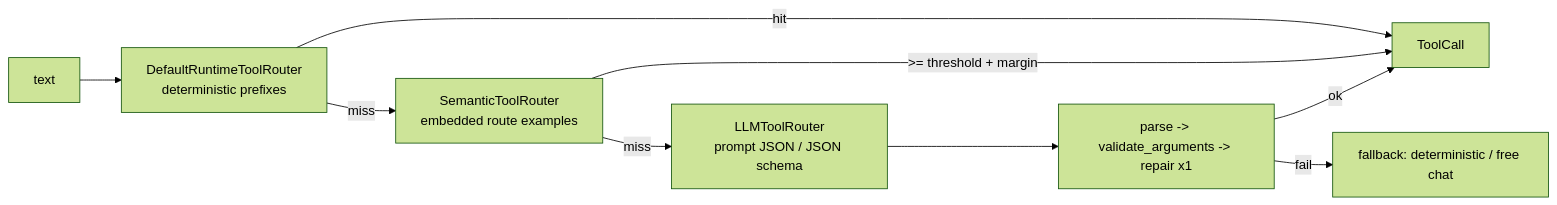
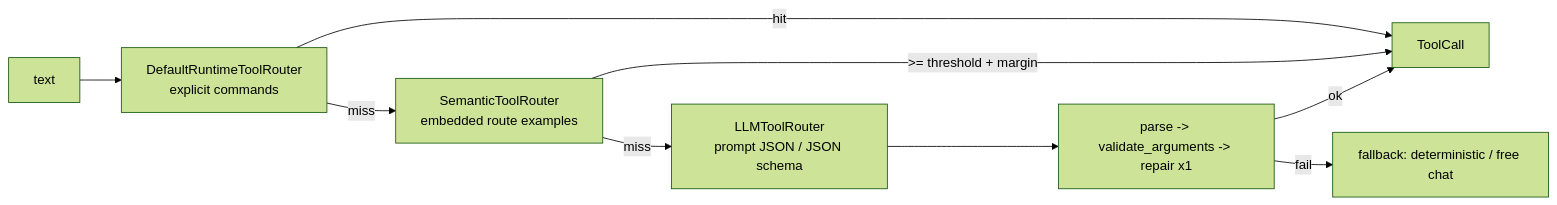
One commit to finalflash159/soca changed the second of 2 diagrams in docs/09-hybrid-rag-memory.md. Above: the diagram before and after it, drawn with Mermaid (forest theme). The commit also changed other lines of this file and 36 other files, not shown here.

````diff
--- a/docs/09-hybrid-rag-memory.md
+++ b/docs/09-hybrid-rag-memory.md
@@ -105,11 +105,11 @@
 ```mermaid
 flowchart LR
-    T[text] --> D[DefaultRuntimeToolRouter<br/>deterministic prefixes]
+    T[text] --> D[DefaultRuntimeToolRouter<br/>explicit commands]
     D -->|hit| OUT[ToolCall]
     D -->|miss| S[SemanticToolRouter<br/>embedded route examples]
     S -->|>= threshold + margin| OUT
     S -->|miss| L[LLMToolRouter<br/>prompt JSON / JSON schema]
     L --> P[parse -> validate_arguments -> repair x1]
     P -->|ok| OUT
     P -->|fail| D2[fallback: deterministic / free chat]
 ```
````
